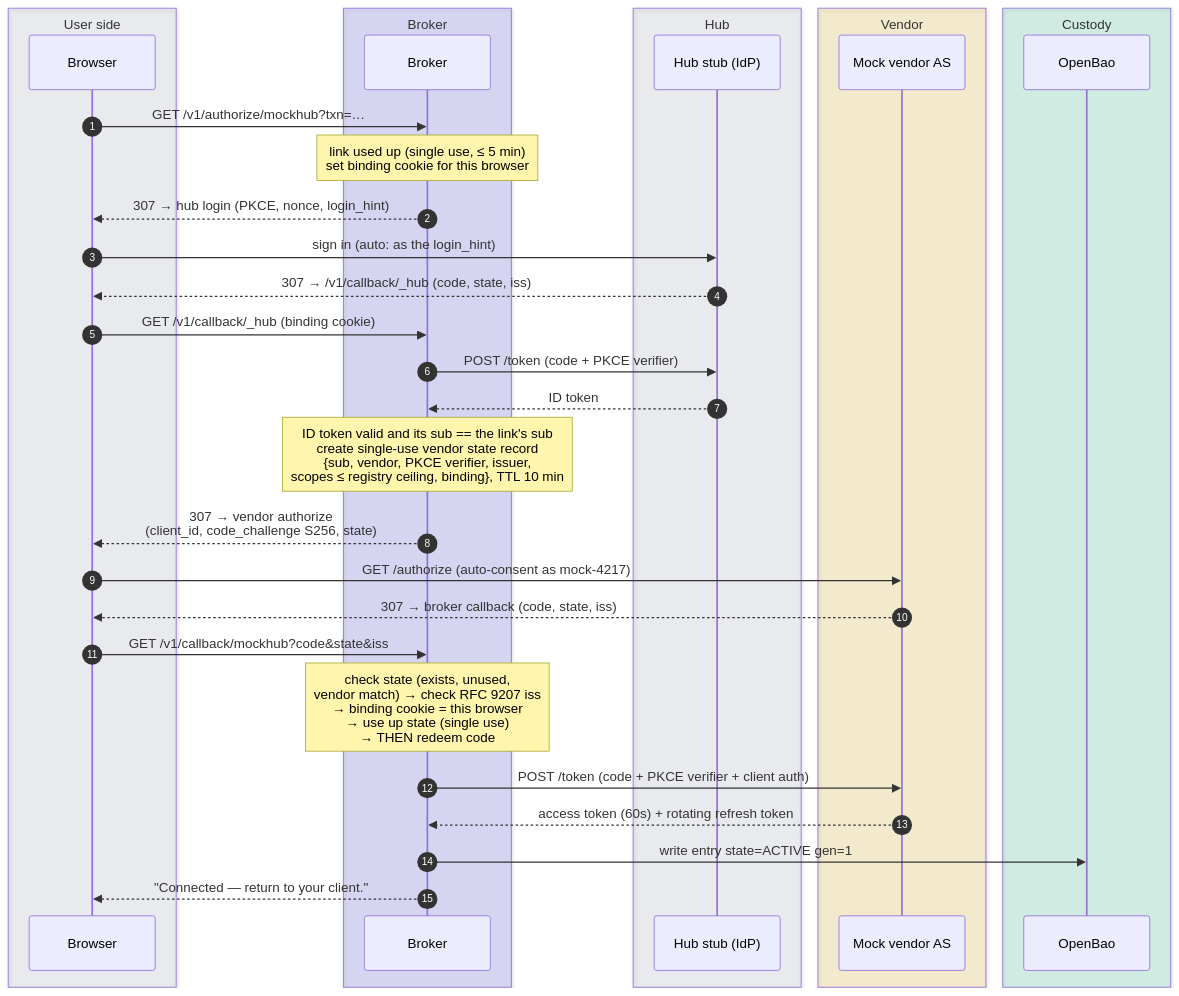
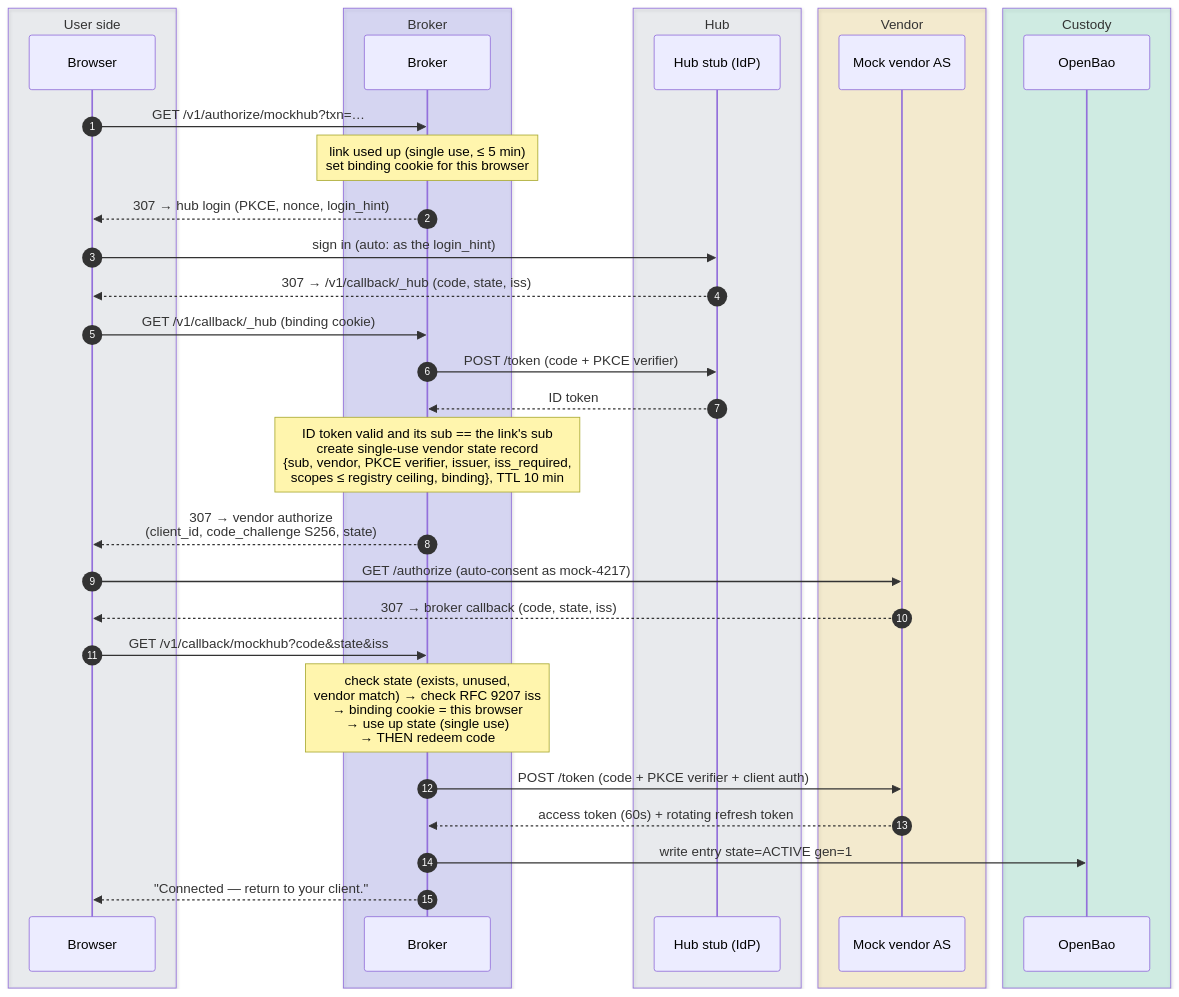
Before and after one commit to chief-builder/vendor-token-broker: the third of 7 diagrams in docs/smoke-tests.md, drawn with Mermaid. The commit also changed other lines of this file and 26 other files, not shown here.

````diff
--- a/docs/smoke-tests.md
+++ b/docs/smoke-tests.md
@@ -203,37 +203,37 @@
 ```mermaid
 sequenceDiagram
     autonumber
     box rgba(148,163,184,0.14) User side
         participant UA as Browser
     end
     box rgba(99,102,241,0.20) Broker
         participant B as Broker
     end
     box rgba(148,163,184,0.14) Hub
         participant H as Hub stub (IdP)
     end
     box rgba(234,179,8,0.16) Vendor
         participant M as Mock vendor AS
     end
     box rgba(16,185,129,0.16) Custody
         participant V as OpenBao
     end
     UA->>B: GET /v1/authorize/mockhub?txn=…
     Note over B: link used up (single use, ≤ 5 min)<br/>set binding cookie for this browser
     B-->>UA: 307 → hub login (PKCE, nonce, login_hint)
     UA->>H: sign in (auto: as the login_hint)
     H-->>UA: 307 → /v1/callback/_hub (code, state, iss)
     UA->>B: GET /v1/callback/_hub (binding cookie)
     B->>H: POST /token (code + PKCE verifier)
     H-->>B: ID token
-    Note over B: ID token valid and its sub == the link's sub<br/>create single-use vendor state record<br/>{sub, vendor, PKCE verifier, issuer,<br/>scopes ≤ registry ceiling, binding}, TTL 10 min
+    Note over B: ID token valid and its sub == the link's sub<br/>create single-use vendor state record<br/>{sub, vendor, PKCE verifier, issuer, iss_required,<br/>scopes ≤ registry ceiling, binding}, TTL 10 min
     B-->>UA: 307 → vendor authorize<br/>(client_id, code_challenge S256, state)
     UA->>M: GET /authorize (auto-consent as mock-4217)
     M-->>UA: 307 → broker callback (code, state, iss)
     UA->>B: GET /v1/callback/mockhub?code&state&iss
     Note over B: check state (exists, unused,<br/>vendor match) → check RFC 9207 iss<br/>→ binding cookie = this browser<br/>→ use up state (single use)<br/>→ THEN redeem code
     B->>M: POST /token (code + PKCE verifier + client auth)
     M-->>B: access token (60s) + rotating refresh token
     B->>V: write entry state=ACTIVE gen=1
     B-->>UA: "Connected — return to your client."
 ```
````
